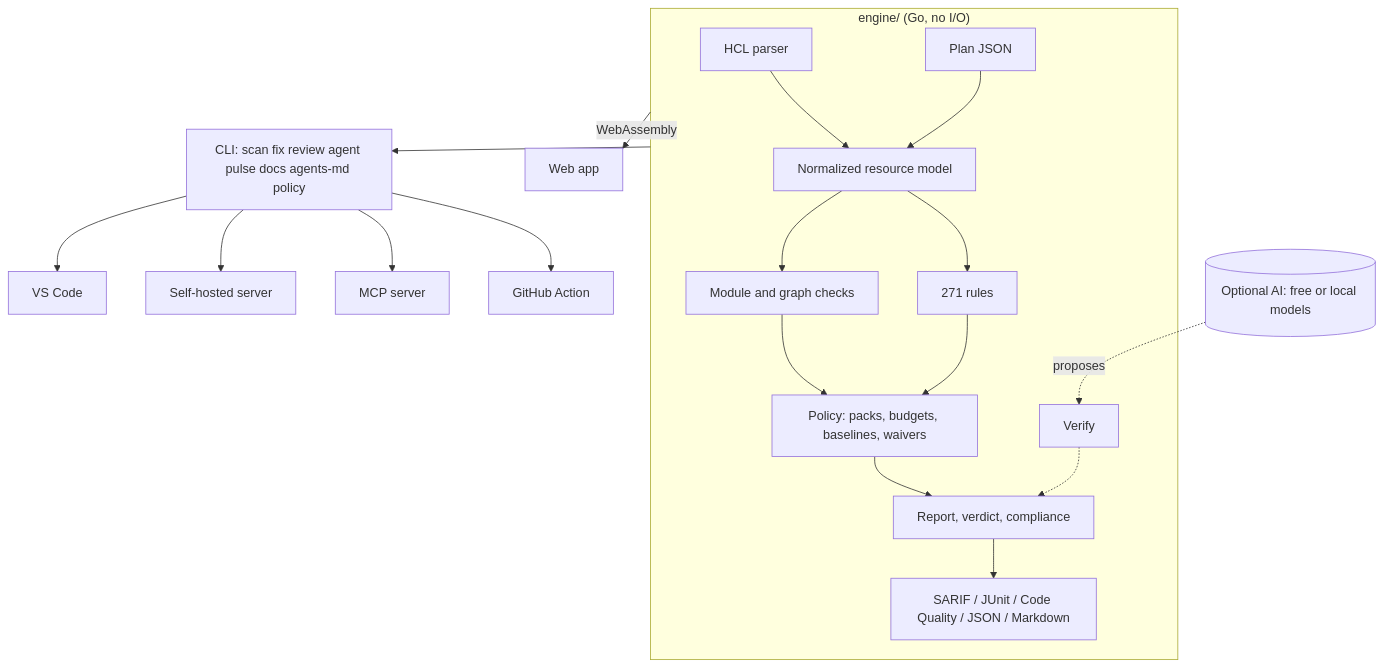
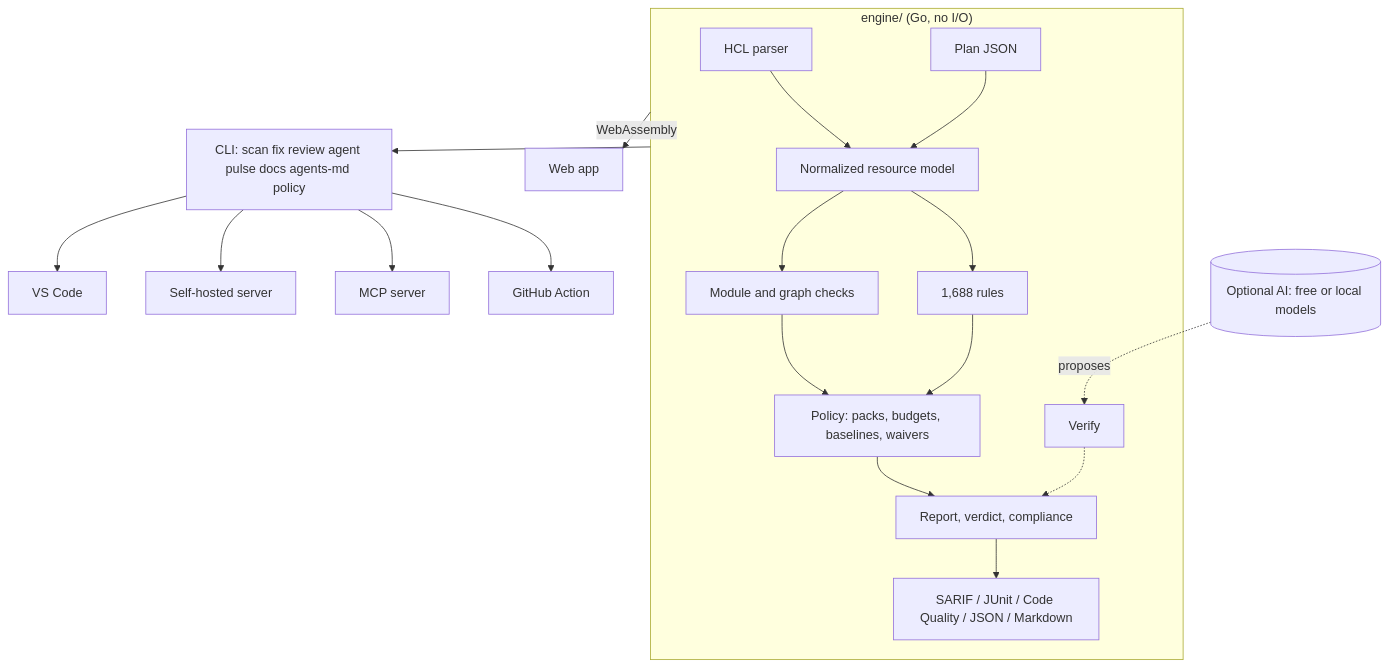
One commit to Karthik-099/TERRAGUARD changed the second of 2 diagrams in README.md. Above: the diagram before and after it, drawn with Mermaid. The commit also changed other lines of this file and 238 other files, not shown here.

Commit message:
feat: K8s and Dockerfile auto-fix, Azure and Google value checks, cross-module inputs, Pulumi, Crossplane and Deployment Manager, offline vuln scan, drift and inventory, fix --pr, Neovim and JetBrains, signed checksums and CycloneDX SBOM, brand logos on the site

````diff
--- a/README.md
+++ b/README.md
@@ -115,16 +149,16 @@
 ```mermaid
 flowchart TB
   subgraph Engine["engine/ (Go, no I/O)"]
     P[HCL parser] --> N[Normalized resource model]
     PL[Plan JSON] --> N
-    N --> R[271 rules] & M[Module and graph checks]
+    N --> R[1,688 rules] & M[Module and graph checks]
     R & M --> POL[Policy: packs, budgets, baselines, waivers]
     POL --> REP[Report, verdict, compliance]
     REP --> OUT[SARIF / JUnit / Code Quality / JSON / Markdown]
     V[Verify] -.-> REP
   end
   Engine -->|WebAssembly| WEB[Web app]
   Engine --> CLI[CLI: scan fix review agent pulse docs agents-md policy]
   CLI --> ACT[GitHub Action] & MCP[MCP server] & SRV[Self-hosted server] & VSC[VS Code]
   AI[(Optional AI: free or local models)] -. proposes .-> V
 ```
````
